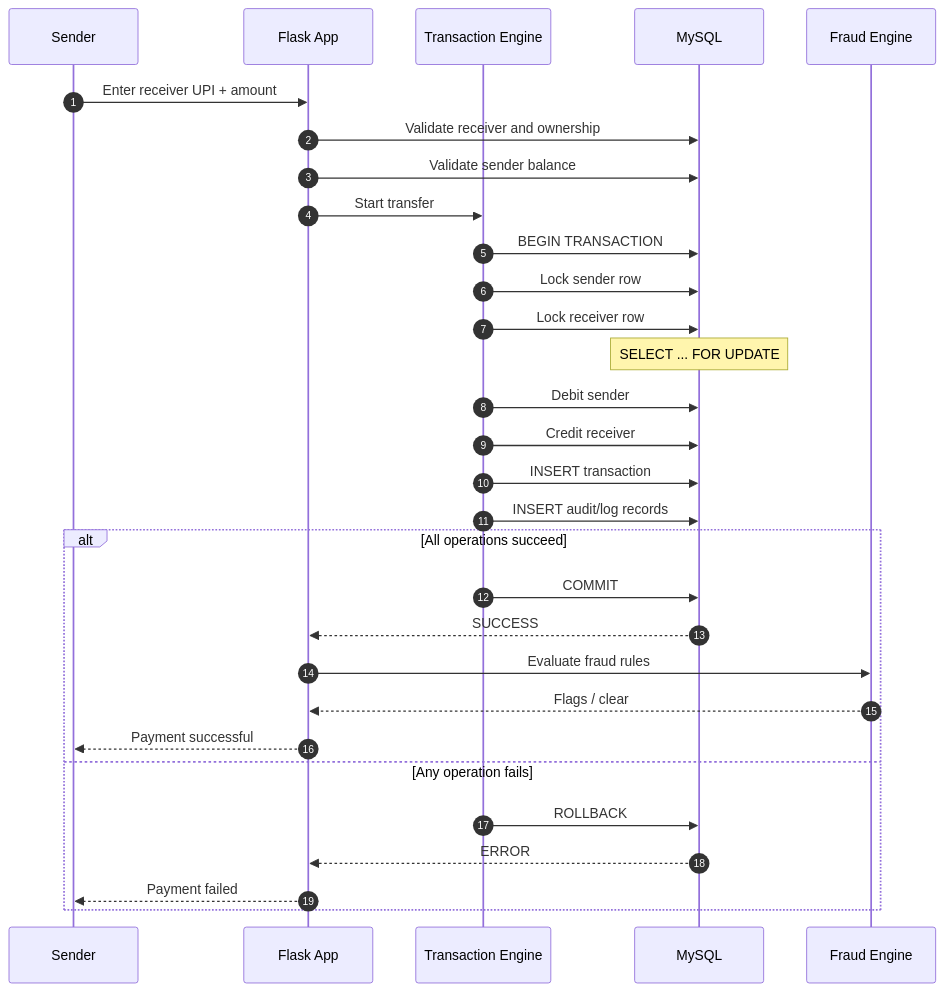
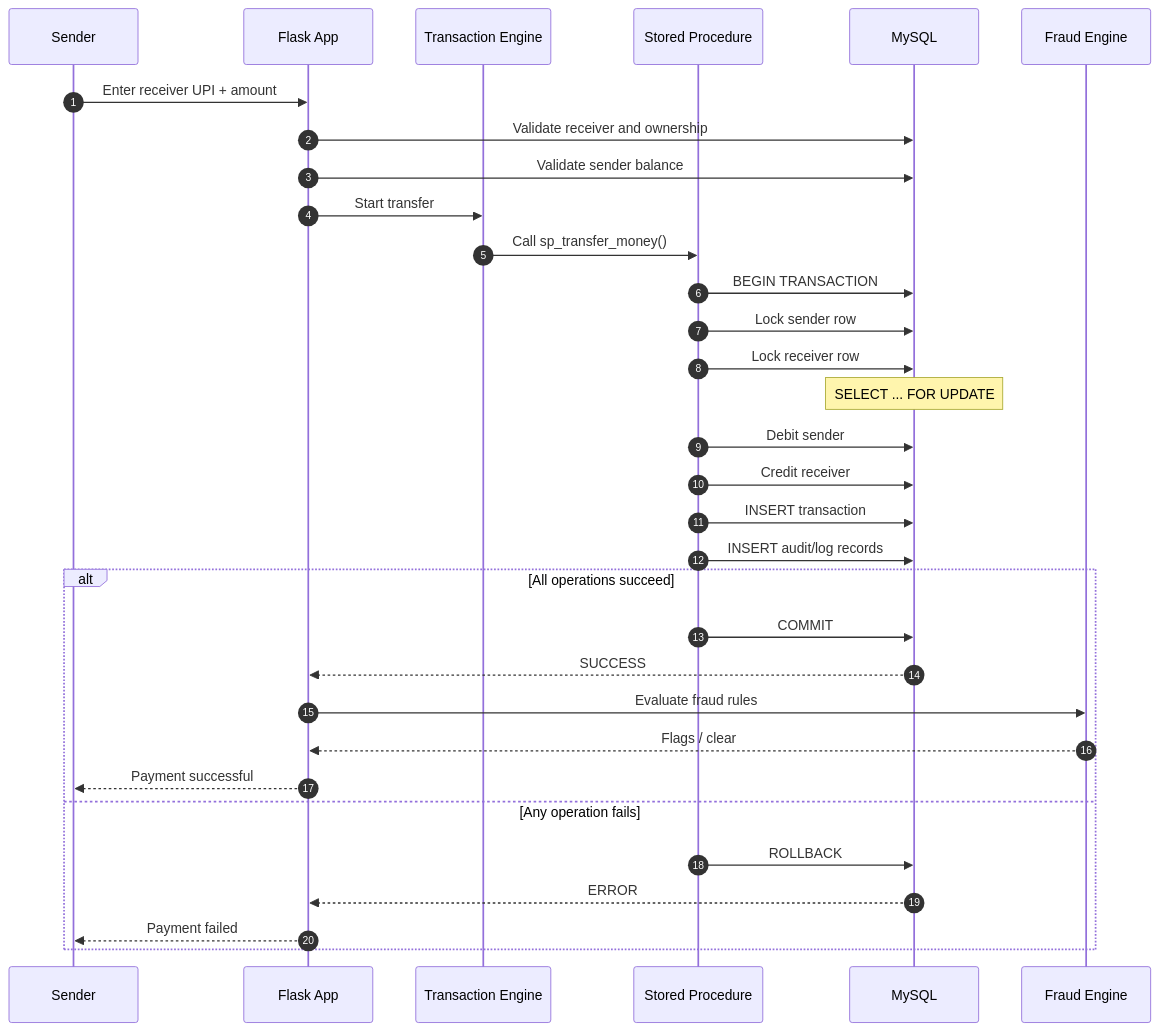
Before and after one commit to Er-Ishan-Srivastav/PayFlow-UPI-Management-System: the second of 3 diagrams in README.md, drawn with Mermaid. The commit also changed other lines of this file, not shown here.

````diff
--- a/README.md
+++ b/README.md
@@ -157,36 +172,38 @@
 ```mermaid
 sequenceDiagram
     autonumber
     participant U as Sender
     participant F as Flask App
     participant E as Transaction Engine
+    participant P as Stored Procedure
     participant DB as MySQL
     participant FR as Fraud Engine
 
     U->>F: Enter receiver UPI + amount
     F->>DB: Validate receiver and ownership
     F->>DB: Validate sender balance
     F->>E: Start transfer
-    E->>DB: BEGIN TRANSACTION
+    E->>P: Call sp_transfer_money()
+    P->>DB: BEGIN TRANSACTION
 
-    E->>DB: Lock sender row
-    E->>DB: Lock receiver row
+    P->>DB: Lock sender row
+    P->>DB: Lock receiver row
     Note over DB: SELECT ... FOR UPDATE
 
-    E->>DB: Debit sender
-    E->>DB: Credit receiver
-    E->>DB: INSERT transaction
-    E->>DB: INSERT audit/log records
+    P->>DB: Debit sender
+    P->>DB: Credit receiver
+    P->>DB: INSERT transaction
+    P->>DB: INSERT audit/log records
 
     alt All operations succeed
-        E->>DB: COMMIT
+        P->>DB: COMMIT
         DB-->>F: SUCCESS
         F->>FR: Evaluate fraud rules
         FR-->>F: Flags / clear
         F-->>U: Payment successful
     else Any operation fails
-        E->>DB: ROLLBACK
+        P->>DB: ROLLBACK
         DB-->>F: ERROR
         F-->>U: Payment failed
     end
 ```
````
